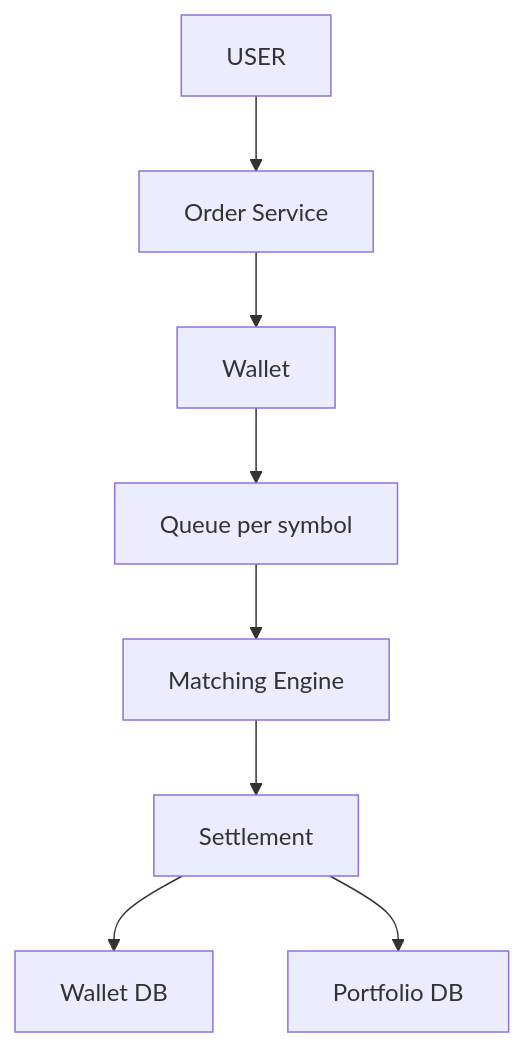
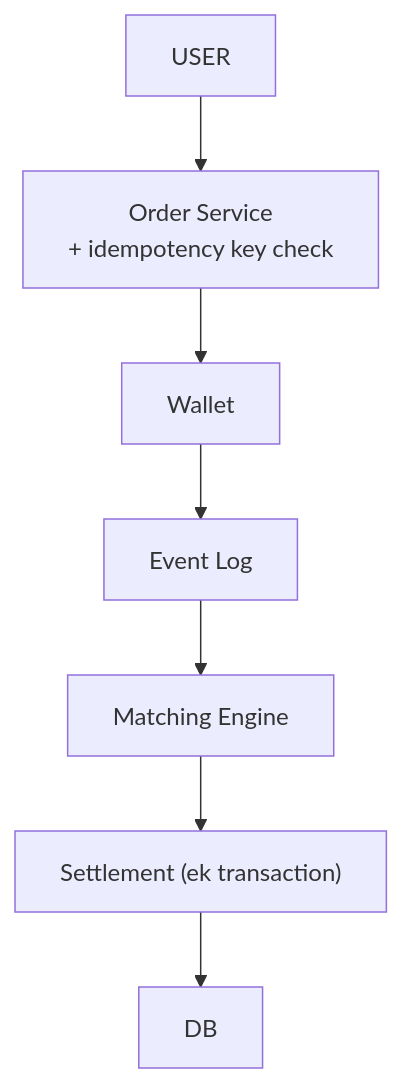
The seventh of 10 diagrams in 04_HLD/SYSTEM_DESIGNS/05_stock_broker_trading/05_stock_broker_trading.md (ArpanMaheshwari144/Prep), drawn with Mermaid before and after one commit. The commit also changed other lines of this file, not shown here.

Commit message:
stock: one-day story in first person, cues, kahani index, progressive diagrams

````diff
--- a/04_HLD/SYSTEM_DESIGNS/05_stock_broker_trading/05_stock_broker_trading.md
+++ b/04_HLD/SYSTEM_DESIGNS/05_stock_broker_trading/05_stock_broker_trading.md
@@ -258,18 +355,16 @@
 ```mermaid
 flowchart TD
     n_USER["USER"]
-    n_Order_Service["Order Service"]
+    n_Order_Service["Order Service<br/>+ idempotency key check"]
     n_Wallet["Wallet"]
-    n_Queue_per_symbol["Queue per symbol"]
+    n_Event_Log["Event Log"]
     n_Matching_Engine["Matching Engine"]
-    n_Settlement["Settlement"]
-    n_Wallet_DB["Wallet DB"]
-    n_Portfolio_DB["Portfolio DB"]
+    n_Settlement["Settlement (ek transaction)"]
+    n_DB["DB"]
     n_USER --> n_Order_Service
     n_Order_Service --> n_Wallet
-    n_Wallet --> n_Queue_per_symbol
-    n_Queue_per_symbol --> n_Matching_Engine
+    n_Wallet --> n_Event_Log
+    n_Event_Log --> n_Matching_Engine
     n_Matching_Engine --> n_Settlement
-    n_Settlement --> n_Wallet_DB
-    n_Settlement --> n_Portfolio_DB
+    n_Settlement --> n_DB
 ```
````
